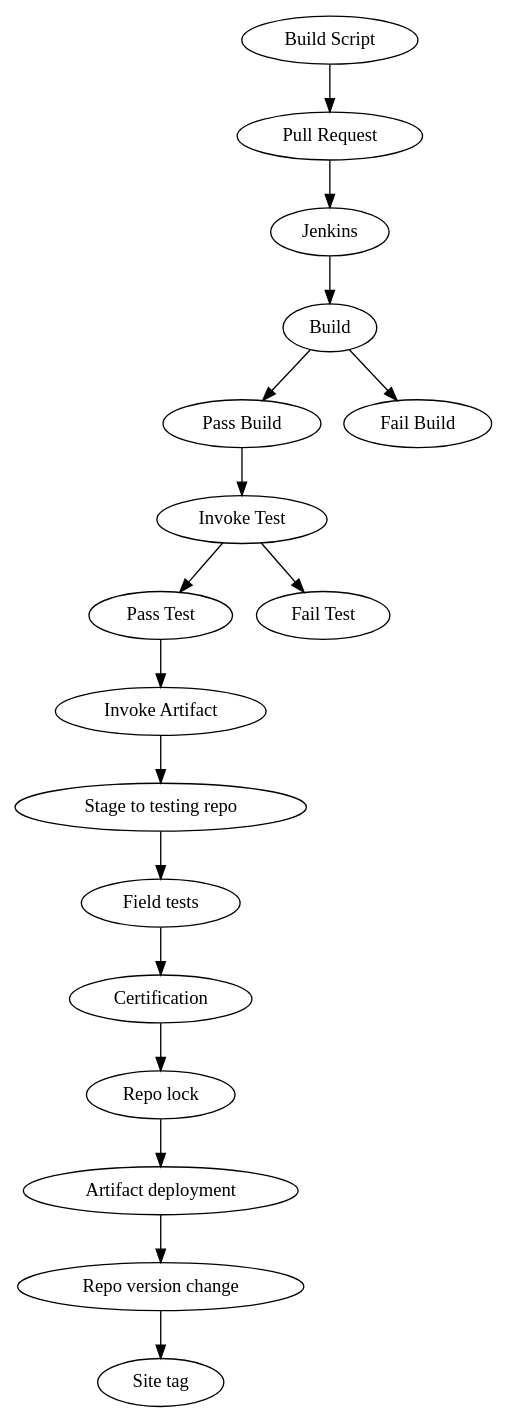
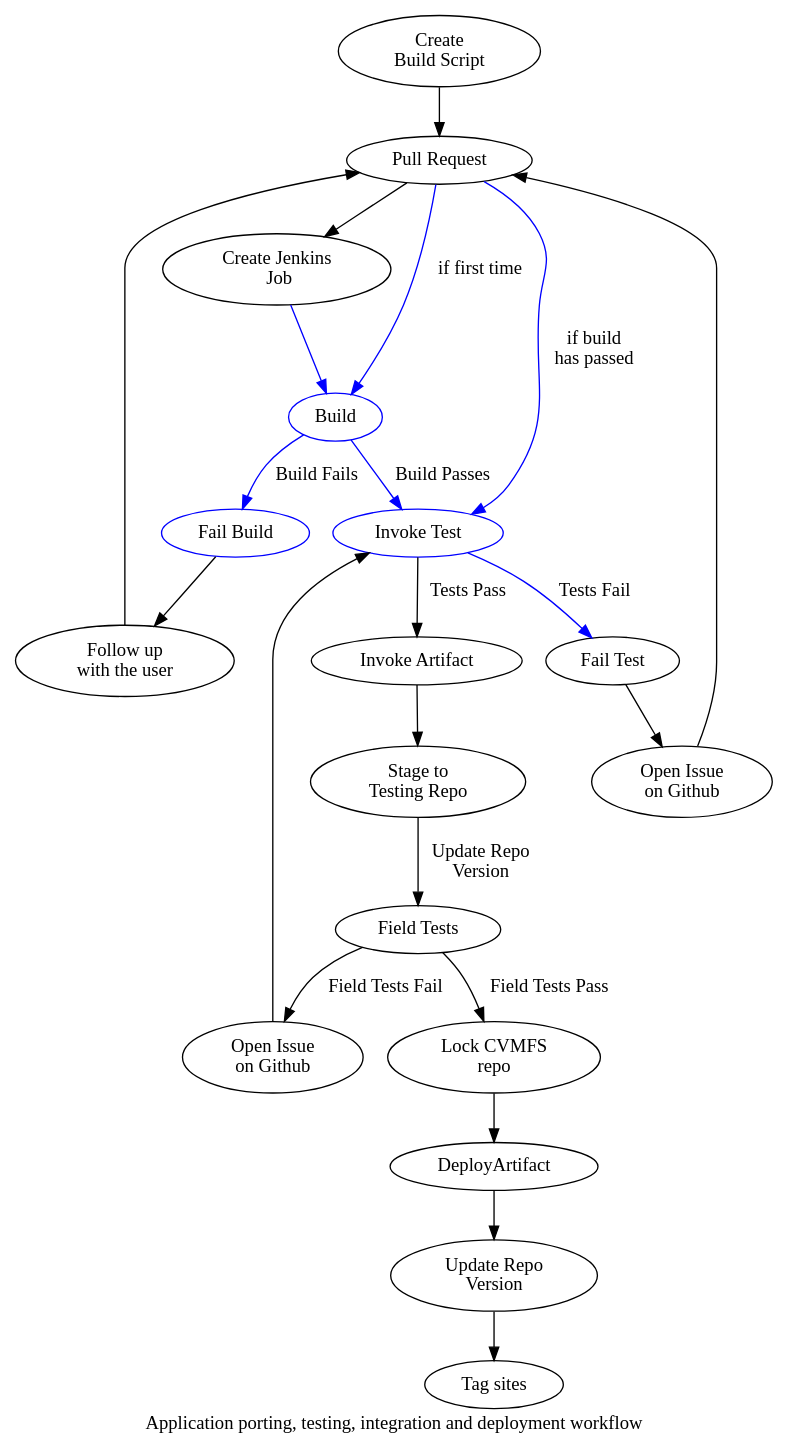
Before and after one commit to SAGridOps/SoftwareInstallation: the diagram in PortingWorkflow.dot, drawn with Graphviz. The commit also changed 1 other file, not shown here.

Commit message:
First draft of dot file for the porting workflow.

```diff
--- a/PortingWorkflow.dot
+++ b/PortingWorkflow.dot
@@ -1,26 +1,79 @@
+###############################################
+# Africa-Arabia Regional Operations Centre
+# This source code is under the copyright of the CSIR.
+# Title                   : PortingWorkflow.dot
+# First Author            : Bruce Becker
+# Institute               : CSIR Meraka Insitute
+###############################################
+#
+# This describes the workflow that new applications follow when
+# proposed for integration into the SAGrid CVMFS repository.
+#
+# The procedure is essentially
+# Propose -> Build -> Test -> Deploy -> Tag
+# There are branches for failure and success at each of these
+# major nodes
+
+# Certain tasks have to be done by humans, while others are
+# done by spiffy robots, like Jenkins or webhooks.
+# Manual tasks are shown in fat black arrows, while
+# Automated tasks are shown in fat blue arrows
+
 digraph G{
+label = "Application porting, testing, integration and deployment workflow"
 aize = "4,4";
-"Build Script" -> "Pull Request";
-"Pull Request" -> Jenkins;
-Jenkins -> Build;
-Build -> "Pass Build";
-Build -> "Fail Build";
+
+# First, we define all the vertices
+# Each vertex implies an action, so we want to create links to the documentaiton
+# of that action. What does the user and the developer need to know ?
+
+BuildScript          [label="Create \n Build Script"       URL="docs/Build.md"];
+PullRequest          [label="Pull Request"       URL="docs/PullRequest.md"];
+CreateJenkinsJob    [label="Create Jenkins\n  Job" URL="docs/JenkinsJob.md"];
+Build               [label="Build"              URL="docs/Build.md"           color="blue"];
+FailBuild           [label="Fail Build"         URL="docs/FailBuild.md"       color="blue"];
+UserContactBuild    [label="Follow up \n with the user"  URL="docs/UserBuildFollowup.md" color="black"];
+InvokeTest          [label="Invoke Test"        URL="docs/InvokeTest.md"      color="blue"];
+FailTest            [label="Fail Test"          URL="docs/FailTest.md"];
+UserContactTest     [label="Open Issue\n on Github"  URL="docs/UserTestFollowup.md"   color="black"];
+InvokeArtifact      [label="Invoke Artifact"    URL="docs/InvokeArtifact.md"];
+StageToTesting      [label="Stage to\n Testing Repo" color="black"];
+FieldTests          [label="Field Tests" color="black"];
+RepoLock            [label="Lock CVMFS \n repo" color="black"];
+FollowUpSites       [label="Open Issue\n on Github" color="black"]
+RepoUpdate          [label="Update Repo\n Version" color="black"]
+SiteTag             [label="Tag sites" color="black"]
+
+# Start with the Proposal branch - the main branch
+BuildScript -> PullRequest                 [color="black"];
+PullRequest -> CreateJenkinsJob            [color="black"];
+PullRequest -> Build                       [label="if first time" color="blue"];
+PullRequest -> InvokeTest                  [label="if build \n has passed" color="blue"];
+# Once the Jenkins job has been created, we proceed to build
+CreateJenkinsJob -> Build                 [color="blue"];
+Build -> InvokeTest                        [label="Build Passes" color="blue"];
+Build -> FailBuild                         [label="Build Fails" color="blue"];
+FailBuild -> UserContactBuild              [color="black"];
+UserContactBuild -> PullRequest            [color="black"];
 
 # We now start the workflow branch that results from a successful build
-"Pass Build" -> "Invoke Test";
-"Invoke Test" -> "Pass Test";
-"Invoke Test" -> "Fail Test";
+InvokeTest -> InvokeArtifact              [label="Tests Pass" color="black"];
+InvokeTest -> FailTest                    [label="Tests Fail" color="blue"];
+FailTest -> UserContactTest               [color="black"];
+UserContactTest -> PullRequest            [color="black"];
 
 # We now start the workflow that starts from a successful test
-"Pass Test" -> "Invoke Artifact";
-"Invoke Artifact" -> "Stage to testing repo";
-"Stage to testing repo" -> "Field tests";
-"Field tests" -> "Certification";
-"Certification" -> "Repo lock";
-"Repo lock" -> "Artifact deployment";
-"Artifact deployment" -> "Repo version change";
-"Repo version change" -> "Site tag";
+InvokeArtifact -> StageToTesting;
+StageToTesting -> FieldTests [label="Update Repo\n Version"];
+FieldTests -> RepoLock [label="Field Tests Pass" color="black"];
+FieldTests -> FollowUpSites [label="Field Tests Fail"];
+FollowUpSites -> InvokeTest;
+RepoLock -> DeployArtifact;
+DeployArtifact -> RepoUpdate;
+RepoUpdate -> SiteTag;
 # At this point the application is in the CVMFS repository and is available at all sites which mount that repo
 
-#
+###################################################
+# Build Failed Branch
+###################################################
 }
```
